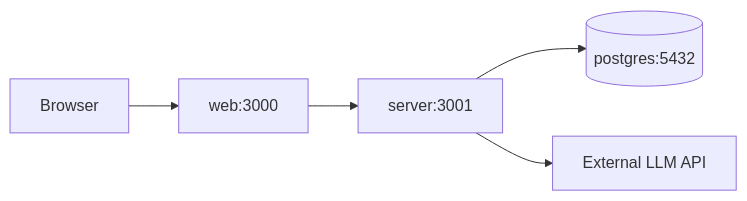
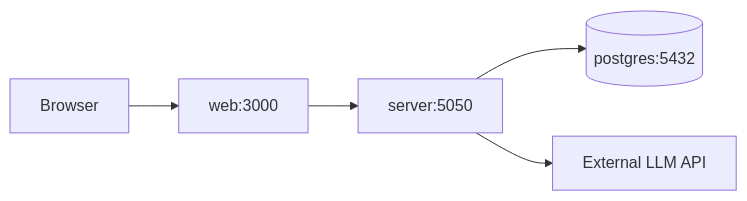
The fourth of 4 diagrams in FinServe_AI_Architecture.md (xiaoxiaowen610/customerAgent), drawn with Mermaid before and after one commit. The commit also changed 10 other files, not shown here.

````diff
--- a/FinServe_AI_Architecture.md
+++ b/FinServe_AI_Architecture.md
@@ -796,7 +796,7 @@
 ```mermaid
 flowchart LR
     Browser --> Web[web:3000]
-    Web --> Server[server:3001]
+    Web --> Server[server:5050]
     Server --> DB[(postgres:5432)]
     Server --> LLM[External LLM API]
 ```
````
